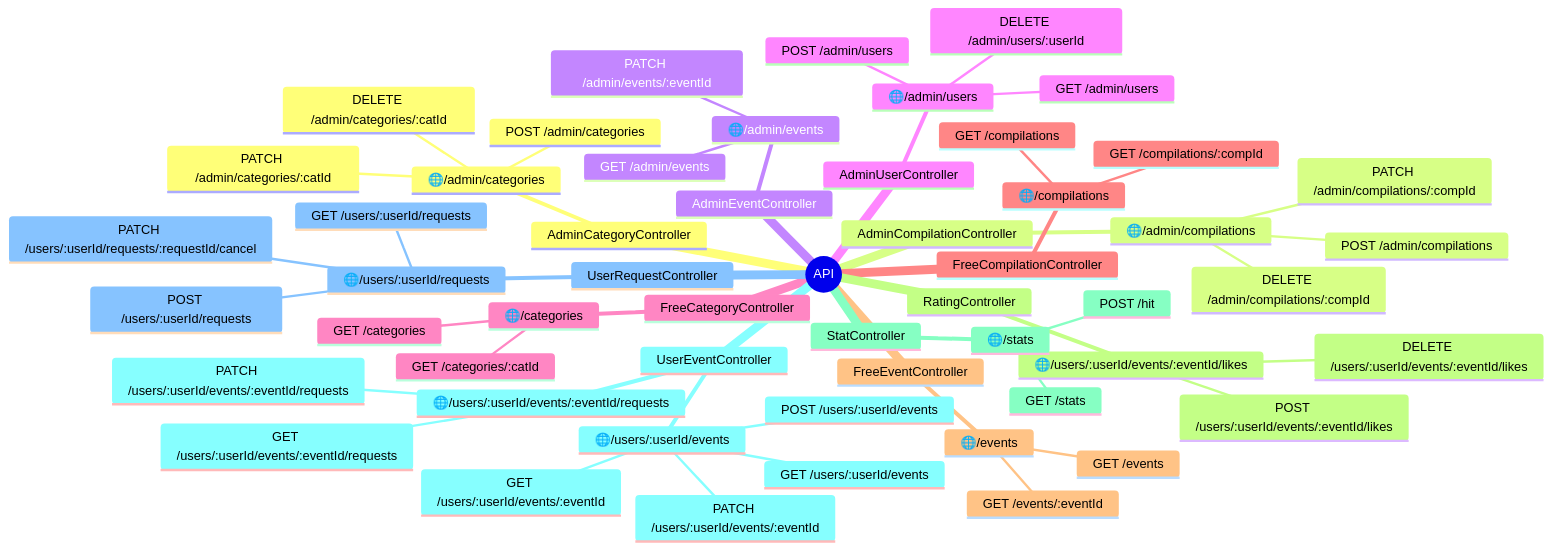
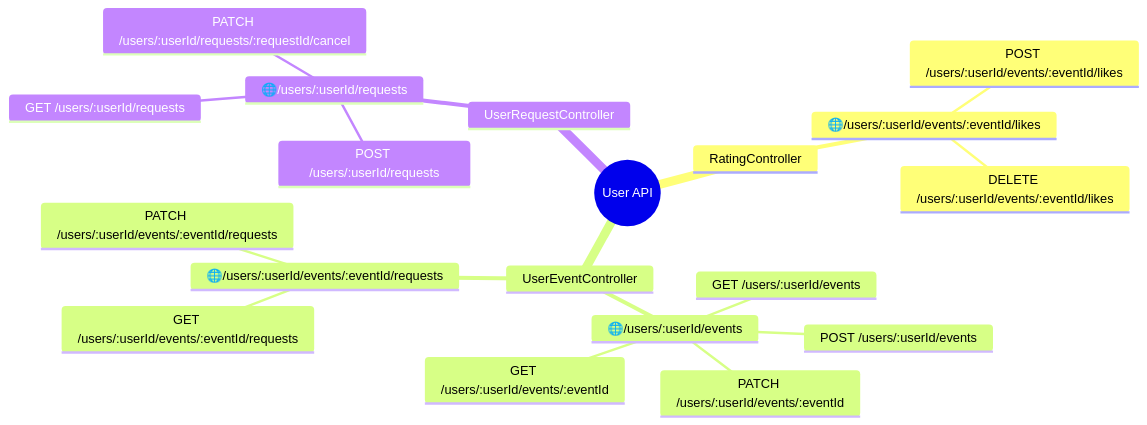
One commit to AleksOBM/java-explore-with-me-plus changed the second of 4 diagrams in readme.md. Above: the diagram before and after it, drawn with Mermaid.

Commit message:
Доработка readme.md

````diff
--- a/readme.md
+++ b/readme.md
@@ -43,57 +61,22 @@
 ```mermaid
 mindmap
-  root((API))
-    AdminCategoryController
-      🌐/admin/categories
-        DELETE /admin/categories/:catId
-        PATCH /admin/categories/:catId
-        POST /admin/categories
-    AdminCompilationController
-      🌐/admin/compilations
-        DELETE /admin/compilations/:compId
-        PATCH /admin/compilations/:compId
-        POST /admin/compilations
-    AdminEventController
-      🌐/admin/events
-        GET /admin/events
-        PATCH /admin/events/:eventId
-    AdminUserController
-      🌐/admin/users
-        DELETE /admin/users/:userId
-        GET /admin/users
-        POST /admin/users
-    FreeCategoryController
-      🌐/categories
-        GET /categories
-        GET /categories/:catId
-    FreeCompilationController
-      🌐/compilations
-        GET /compilations
-        GET /compilations/:compId
-    FreeEventController
-      🌐/events
-        GET /events
-        GET /events/:eventId
+  root((User API))
     RatingController
       🌐/users/:userId/events/:eventId/likes
         DELETE /users/:userId/events/:eventId/likes
         POST /users/:userId/events/:eventId/likes
-    StatController
-      🌐/stats
-        GET /stats
-        POST /hit
     UserEventController
       🌐/users/:userId/events
         GET /users/:userId/events
         GET /users/:userId/events/:eventId
         PATCH /users/:userId/events/:eventId
         POST /users/:userId/events
       🌐/users/:userId/events/:eventId/requests
         GET /users/:userId/events/:eventId/requests
         PATCH /users/:userId/events/:eventId/requests
     UserRequestController
       🌐/users/:userId/requests
         GET /users/:userId/requests
         PATCH /users/:userId/requests/:requestId/cancel
         POST /users/:userId/requests
 ```
````
